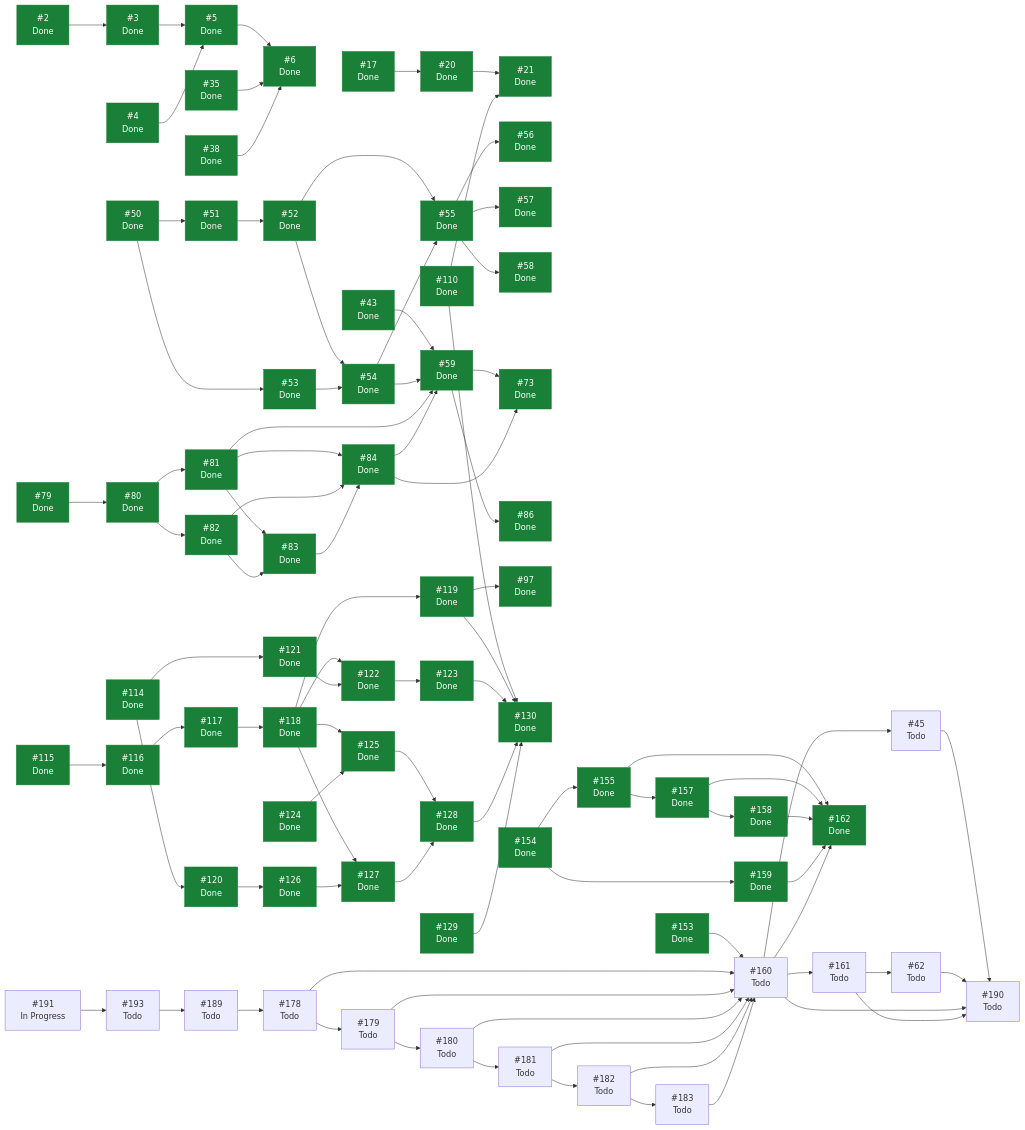
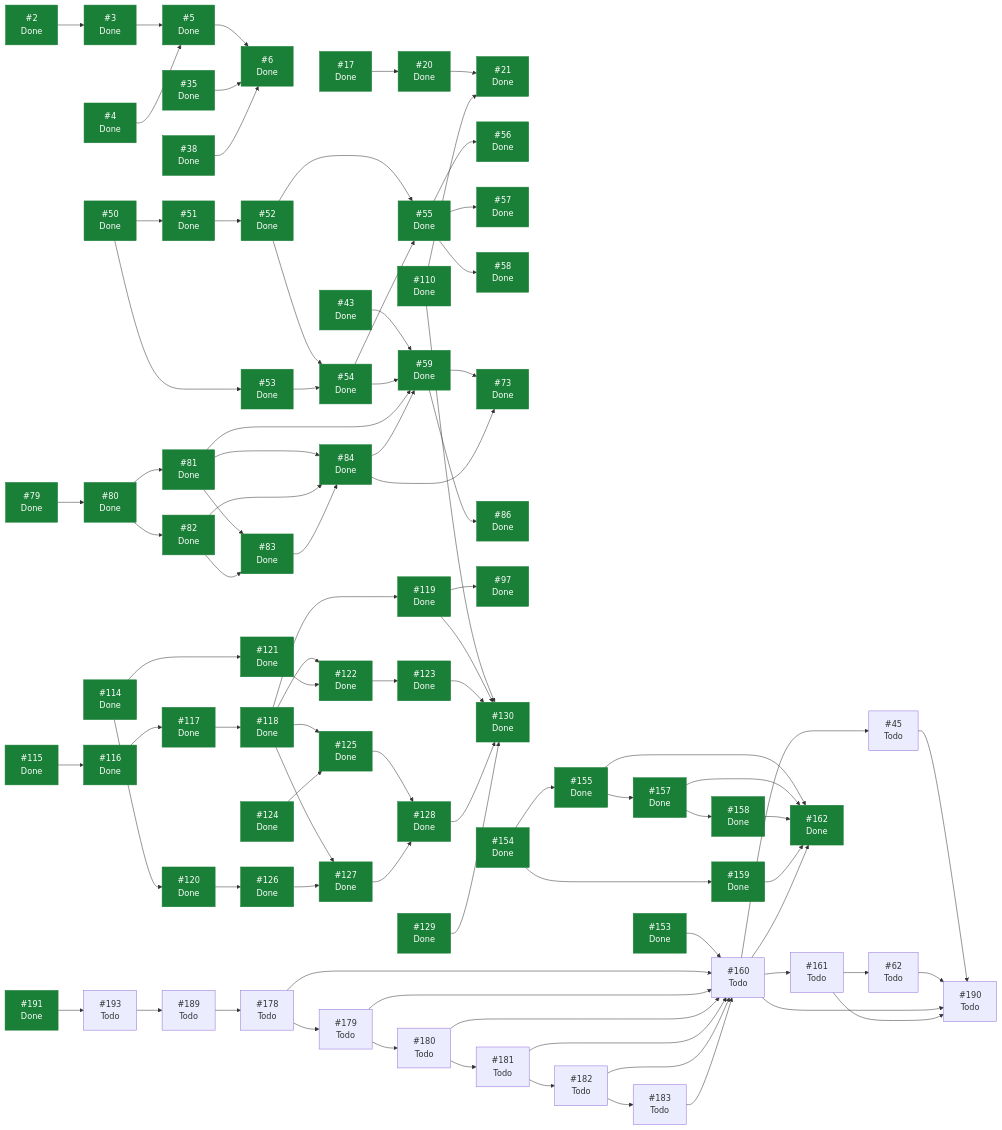
One commit to ecamp0s/evault changed the diagram in docs/planning/STATUS.md. Above: the diagram before and after it, drawn with Mermaid. The commit also changed other lines of this file, not shown here.

````diff
--- a/docs/planning/STATUS.md
+++ b/docs/planning/STATUS.md
@@ -257,7 +257,7 @@
   I183["#183<br/>Todo"]
   I189["#189<br/>Todo"]
   I190["#190<br/>Todo"]
-  I191["#191<br/>In Progress"]
+  I191["#191<br/>Done"]
   I193["#193<br/>Todo"]
   I2 --> I3
   I3 --> I5
@@ -347,5 +347,5 @@
   I191 --> I193
   I193 --> I189
   classDef hecho fill:#1a7f37,stroke:#1a7f37,color:#fff;
-  class I2,I3,I4,I5,I6,I17,I20,I21,I35,I38,I43,I50,I51,I52,I53,I54,I55,I56,I57,I58,I59,I73,I79,I80,I81,I82,I83,I84,I86,I97,I110,I114,I115,I116,I117,I118,I119,I120,I121,I122,I123,I124,I125,I126,I127,I128,I129,I130,I153,I154,I155,I157,I158,I159,I162 hecho;
+  class I2,I3,I4,I5,I6,I17,I20,I21,I35,I38,I43,I50,I51,I52,I53,I54,I55,I56,I57,I58,I59,I73,I79,I80,I81,I82,I83,I84,I86,I97,I110,I114,I115,I116,I117,I118,I119,I120,I121,I122,I123,I124,I125,I126,I127,I128,I129,I130,I153,I154,I155,I157,I158,I159,I162,I191 hecho;
 ```
````
